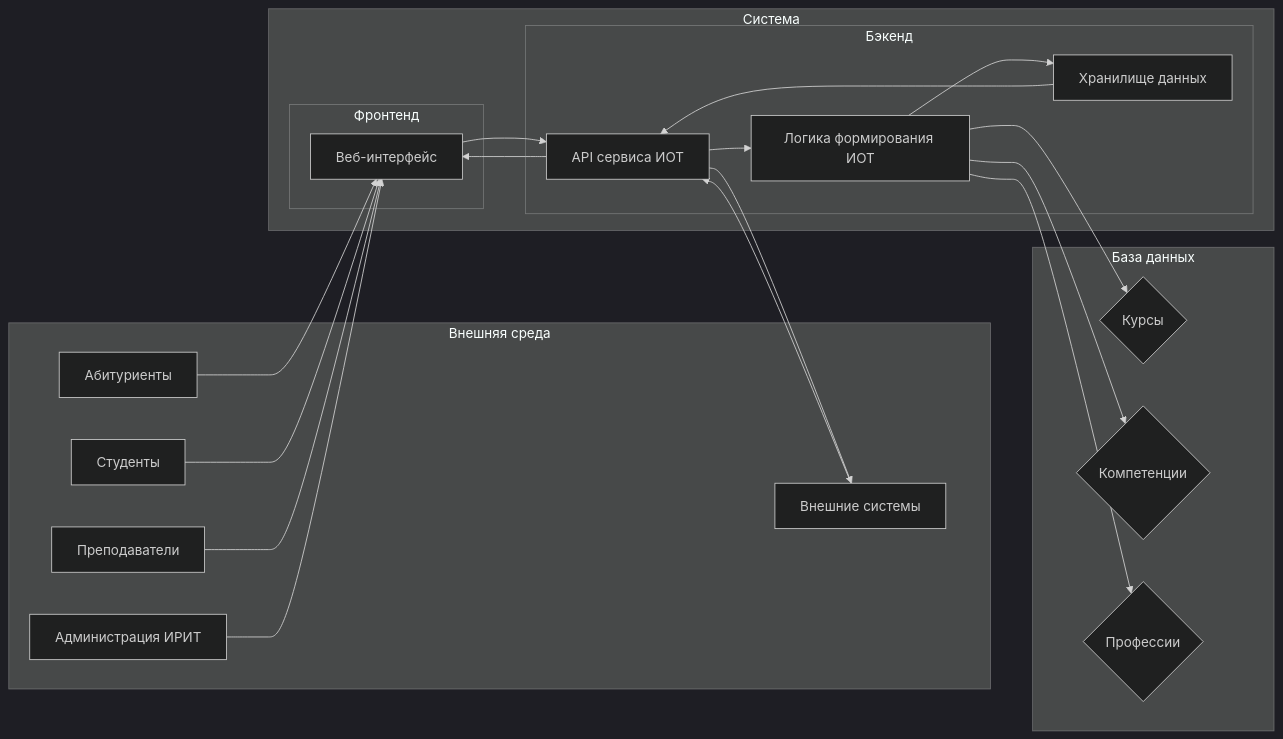
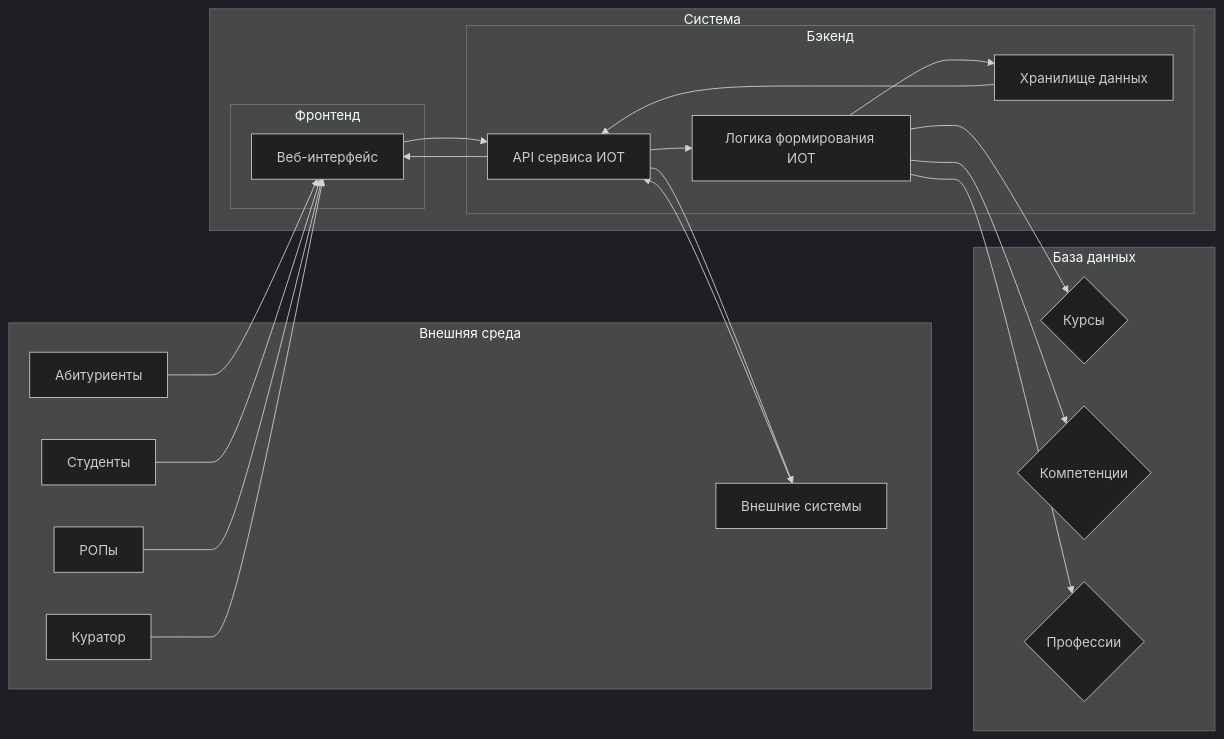
The diagram in README.md (sardelkaaa/Individual-Education-Trajectory), drawn with Mermaid (dark theme) before and after one commit.

Commit message:
README.md

````diff
--- a/README.md
+++ b/README.md
@@ -3,45 +3,45 @@
 ```mermaid
 graph LR
     subgraph Внешняя среда
         A[Абитуриенты]
         B[Студенты]
-        C[Преподаватели]
-        D[Администрация ИРИТ]
+        C[РОПы]
+        D[Куратор]
         E[Внешние системы]
     end
 
     subgraph Система
         subgraph Фронтенд
             Z1[Веб-интерфейс]
         end
         subgraph Бэкенд
             Z2[API сервиса ИОТ]
             Z3[Логика формирования ИОТ]
             Z4[Хранилище данных]
         end
     end
 
     subgraph База данных
         F{Курсы}
         G{Компетенции}
         H{Профессии}
     end
 
     A --> Z1
     B --> Z1
     C --> Z1
     D --> Z1
     E --> Z2
 
     Z1 --> Z2
     Z2 --> Z3
     Z3 --> Z4
     Z4 --> Z2
     Z2 --> Z1
 
     Z3 --> F
     Z3 --> G
     Z3 --> H
 
     Z2 --> E
 ```
````
